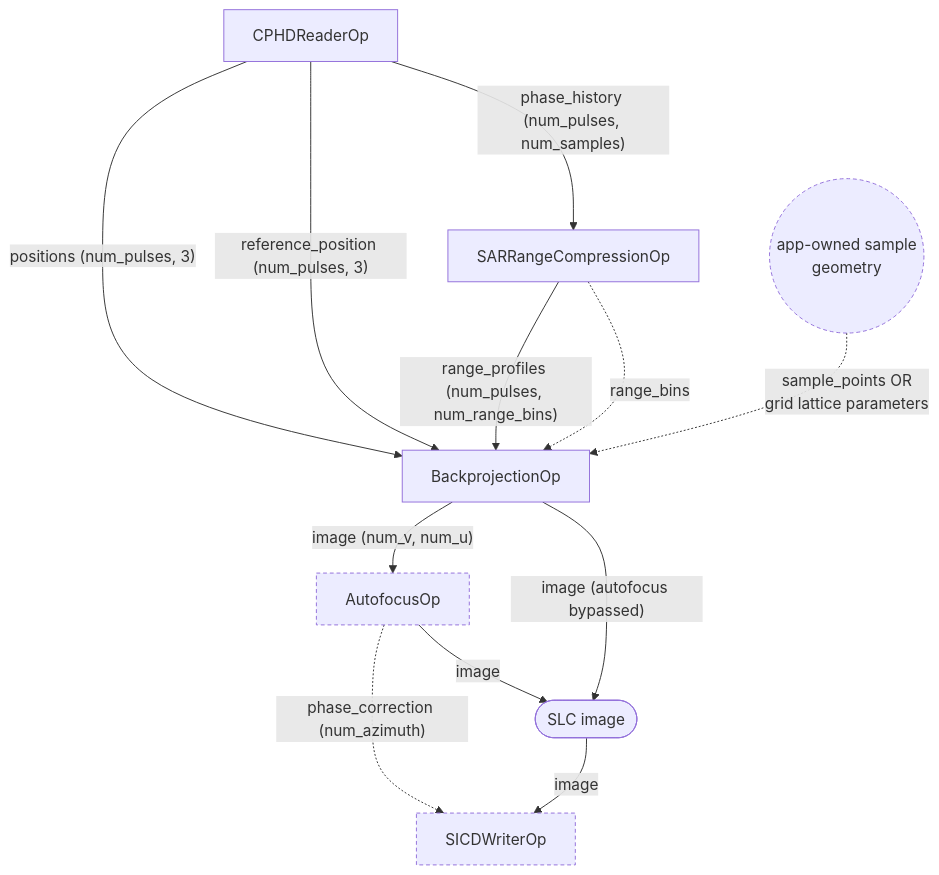
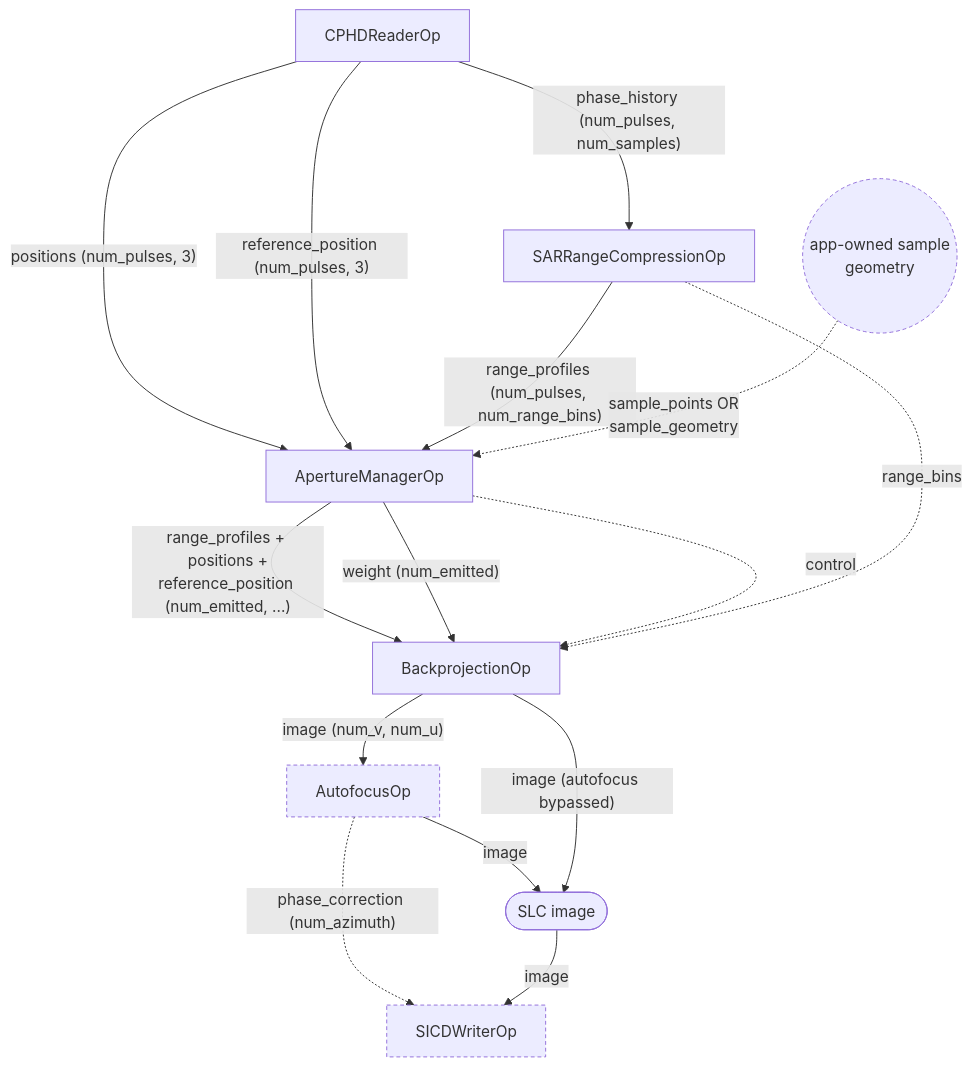
The first of 3 diagrams in docs/planning/SAR/WORKFLOWS.md (nvidia-holoscan/holoscan-radar), drawn with Mermaid before and after one commit. The commit also changed other lines of this file and 11 other files, not shown here.

````diff
--- a/docs/planning/SAR/WORKFLOWS.md
+++ b/docs/planning/SAR/WORKFLOWS.md
@@ -185,16 +192,19 @@
 ```mermaid
 flowchart TD
   classDef opt stroke-dasharray:4 3
   READ["CPHDReaderOp"] -->|"phase_history (num_pulses, num_samples)"| RC["SARRangeCompressionOp"]
-  READ -->|"positions (num_pulses, 3)"| BP["BackprojectionOp"]
-  READ -->|"reference_position (num_pulses, 3)"| BP
-  RC -->|"range_profiles (num_pulses, num_range_bins)"| BP
+  READ -->|"positions (num_pulses, 3)"| AC["ApertureManagerOp"]
+  READ -->|"reference_position (num_pulses, 3)"| AC
+  RC -->|"range_profiles (num_pulses, num_range_bins)"| AC
+  AC -->|"range_profiles + positions +<br>reference_position (num_emitted, ...)"| BP["BackprojectionOp"]
+  AC -->|"weight (num_emitted)"| BP
+  AC -.->|"control"| BP
   RC -.->|"range_bins"| BP
-  GEOM(("app-owned sample<br>geometry")) -.->|"sample_points OR<br>grid lattice parameters"| BP
+  GEOM(("app-owned sample<br>geometry")) -.->|"sample_points OR<br>sample_geometry"| AC
   BP -->|"image (num_v, num_u)"| AF["AutofocusOp"]
   AF -->|"image"| SLC(["SLC image"])
   BP -->|"image (autofocus bypassed)"| SLC
   AF -.->|"phase_correction (num_azimuth)"| SICD["SICDWriterOp"]
   SLC -->|"image"| SICD
   class AF,GEOM,SICD opt
 ```
````
